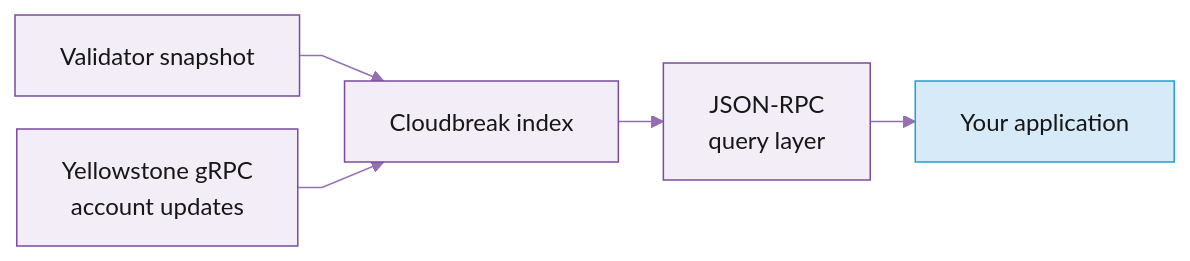
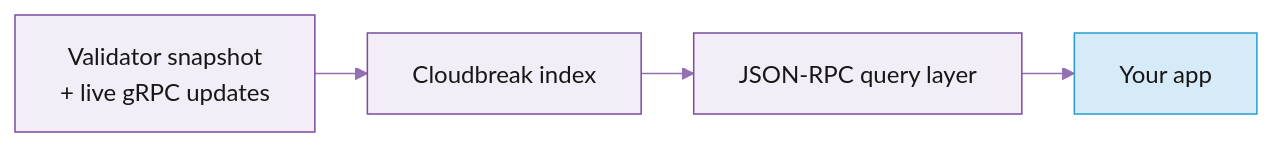
One commit to praptisharma28/triton-docs-v5 changed the diagram in documentation/reading-account-state/cloudbreak-indexed-accounts.md. Above: the diagram before and after it, drawn with Mermaid. The commit also changed 5 other files, not shown here.

Commit message:
Definitive Triton chart style: one shared init (palette + 20/35 spacing), all flowchart LR (horizontal + minimal vertical), unified 'Your app' blue box; collapse Cloudbreak inputs + Fumarole nodes into single boxes; standardize Deshred + intra-slot init

````diff
--- a/documentation/reading-account-state/cloudbreak-indexed-accounts.md
+++ b/documentation/reading-account-state/cloudbreak-indexed-accounts.md
@@ -53,9 +53,6 @@
 ```mermaid
-%%{init: {'theme':'base','themeVariables':{'primaryColor':'#F2EDF6','primaryBorderColor':'#7A4BA0','primaryTextColor':'#171717','lineColor':'#956FB3','secondaryColor':'#E4DBEC','tertiaryColor':'#D7C9E3'},'flowchart':{'nodeSpacing':22,'rankSpacing':30,'curve':'linear'}}}%%
+%%{init: {'theme':'base','themeVariables':{'primaryColor':'#F2EDF6','primaryBorderColor':'#7A4BA0','primaryTextColor':'#171717','lineColor':'#956FB3','secondaryColor':'#E4DBEC','tertiaryColor':'#D7C9E3'},'flowchart':{'nodeSpacing':20,'rankSpacing':35,'curve':'linear'}}}%%
 flowchart LR
-    snap["Validator snapshot"] --> idx["Cloudbreak index"]
-    stream["Yellowstone gRPC<br/>account updates"] --> idx
-    idx --> q["JSON-RPC<br/>query layer"]
-    q --> you["Your application"]
+    src["Validator snapshot<br/>+ live gRPC updates"] --> idx["Cloudbreak index"] --> q["JSON-RPC query layer"] --> you["Your app"]
     style you fill:#D6EAF8,stroke:#259DD0
 ```
````
